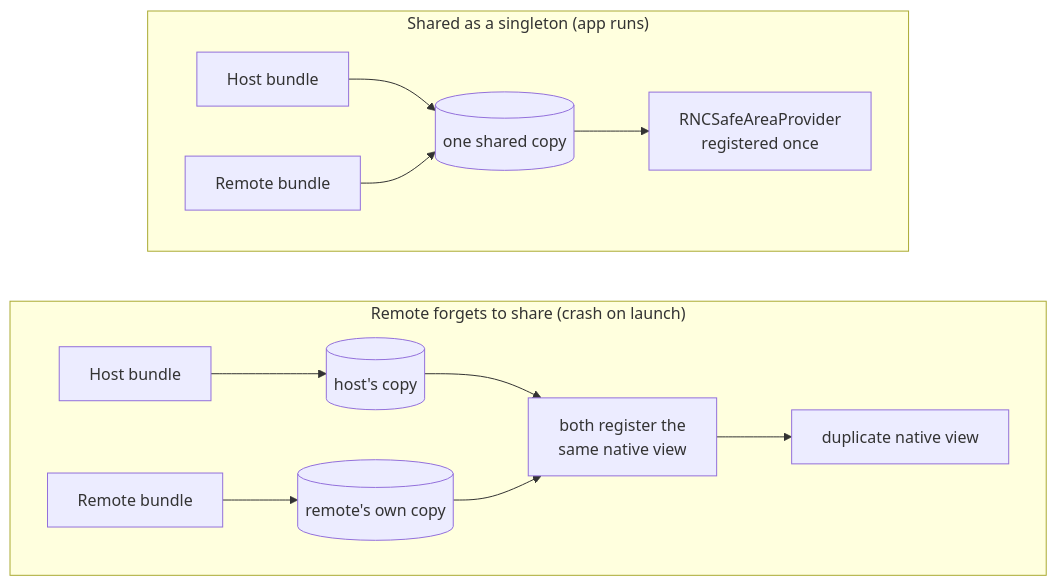
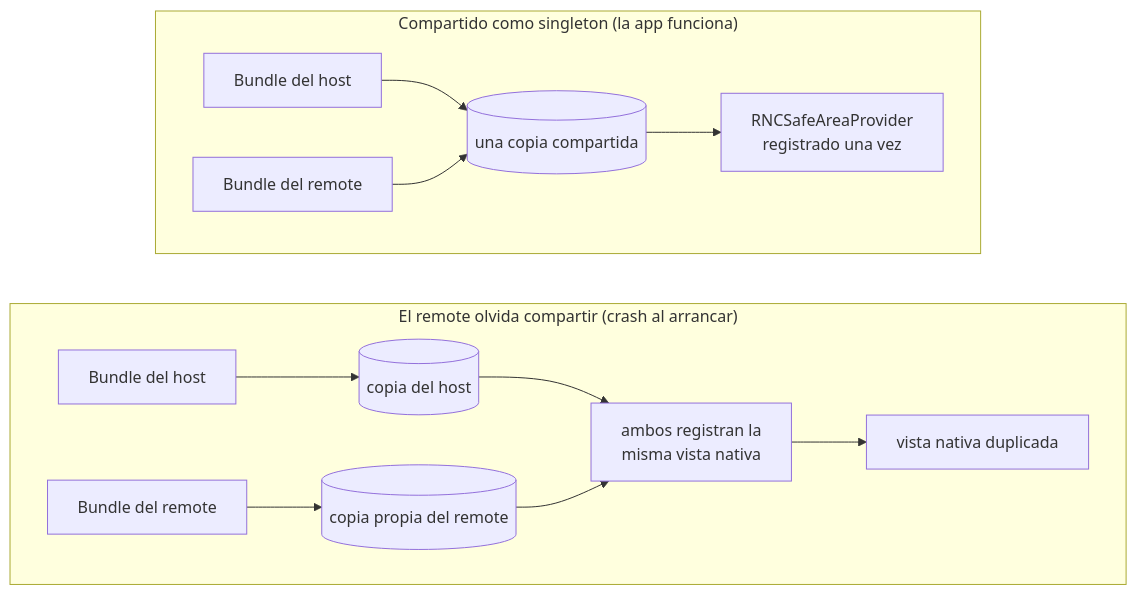
One commit to warrendeleon/warrendeleon.com changed the diagram in src/content/blog/es/shared-singleton-contract-react-native.md. Above: the diagram before and after it, drawn with Mermaid. The commit also changed 11 other files, not shown here.

First line of the commit message:
🌐 i18n(blog): translate mermaid diagram labels (es/ca/tl)

````diff
--- a/src/content/blog/es/shared-singleton-contract-react-native.md
+++ b/src/content/blog/es/shared-singleton-contract-react-native.md
@@ -179,18 +179,18 @@
 ```mermaid
 flowchart TB
-    subgraph good["Shared as a singleton (app runs)"]
+    subgraph good["Compartido como singleton (la app funciona)"]
         direction LR
-        GH[Host bundle] --> GS[(one shared copy)]
-        GR[Remote bundle] --> GS
-        GS --> GOK["RNCSafeAreaProvider\nregistered once"]
+        GH[Bundle del host] --> GS[(una copia compartida)]
+        GR[Bundle del remote] --> GS
+        GS --> GOK["RNCSafeAreaProvider\nregistrado una vez"]
     end
-    subgraph bad["Remote forgets to share (crash on launch)"]
+    subgraph bad["El remote olvida compartir (crash al arrancar)"]
         direction LR
-        BH[Host bundle] --> BHC[(host's copy)]
-        BR[Remote bundle] --> BRC[(remote's own copy)]
-        BHC --> BREG["both register the\nsame native view"]
+        BH[Bundle del host] --> BHC[(copia del host)]
+        BR[Bundle del remote] --> BRC[(copia propia del remote)]
+        BHC --> BREG["ambos registran la\nmisma vista nativa"]
         BRC --> BREG
-        BREG --> BX["duplicate native view"]
+        BREG --> BX["vista nativa duplicada"]
     end
     good ~~~ bad
 ```
````
